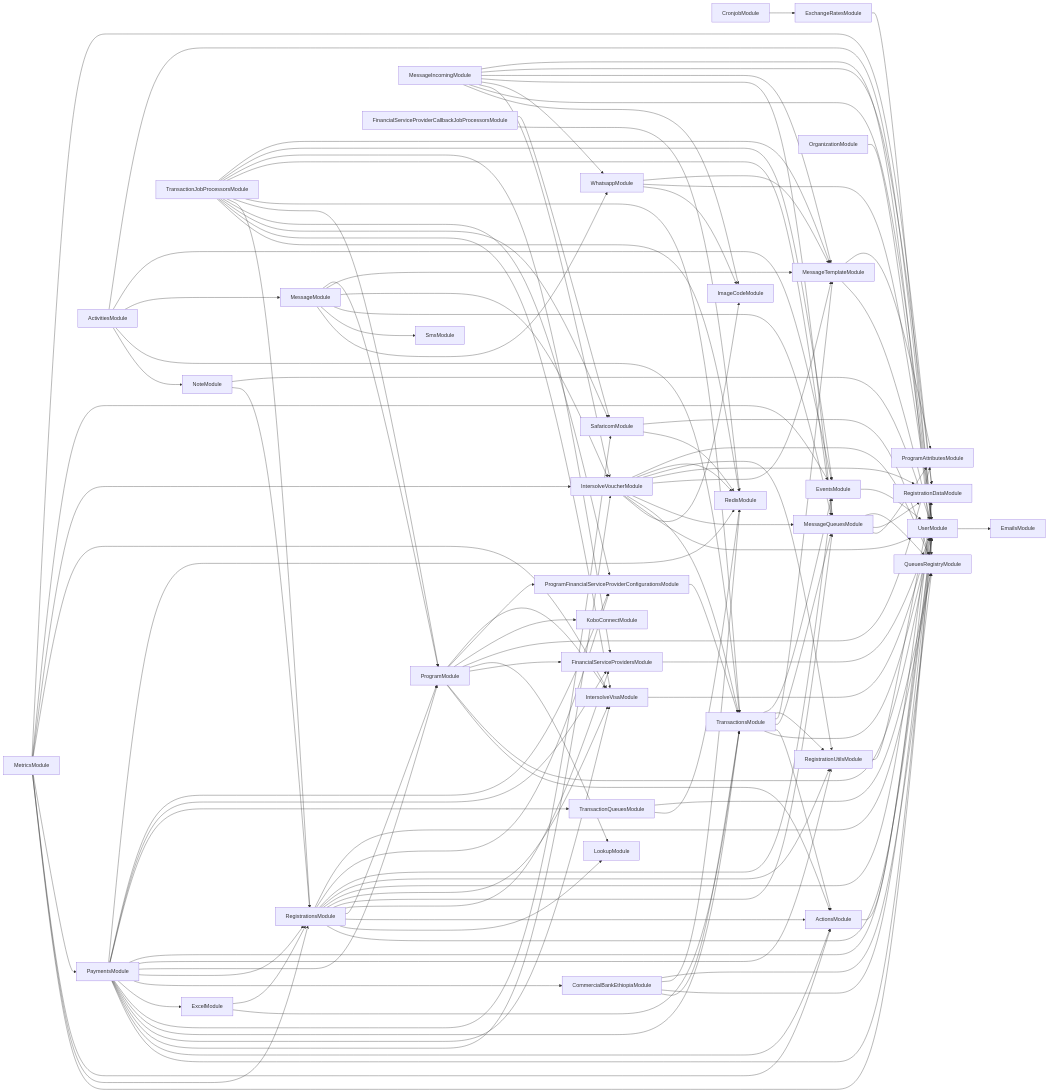
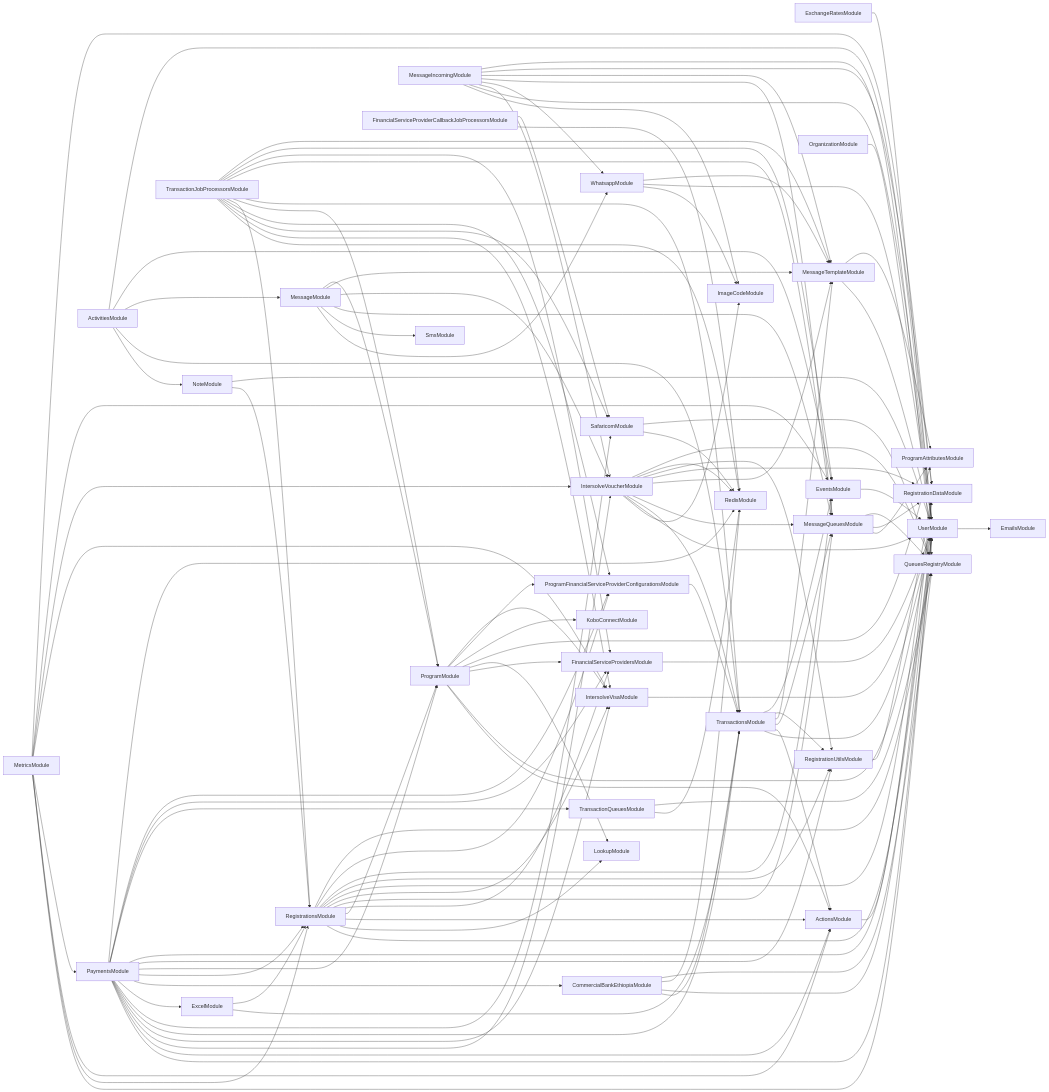
The diagram in services/121-service/module-dependencies.md (global-121/121-platform), drawn with Mermaid before and after one commit. The commit also changed 15 other files, not shown here.

````diff
--- a/services/121-service/module-dependencies.md
+++ b/services/121-service/module-dependencies.md
@@ -3,6 +3,5 @@
 ```mermaid
 graph LR
-  CronjobModule-->ExchangeRatesModule
   ExchangeRatesModule-->UserModule
   UserModule-->EmailsModule
   MessageTemplateModule-->UserModule
````
